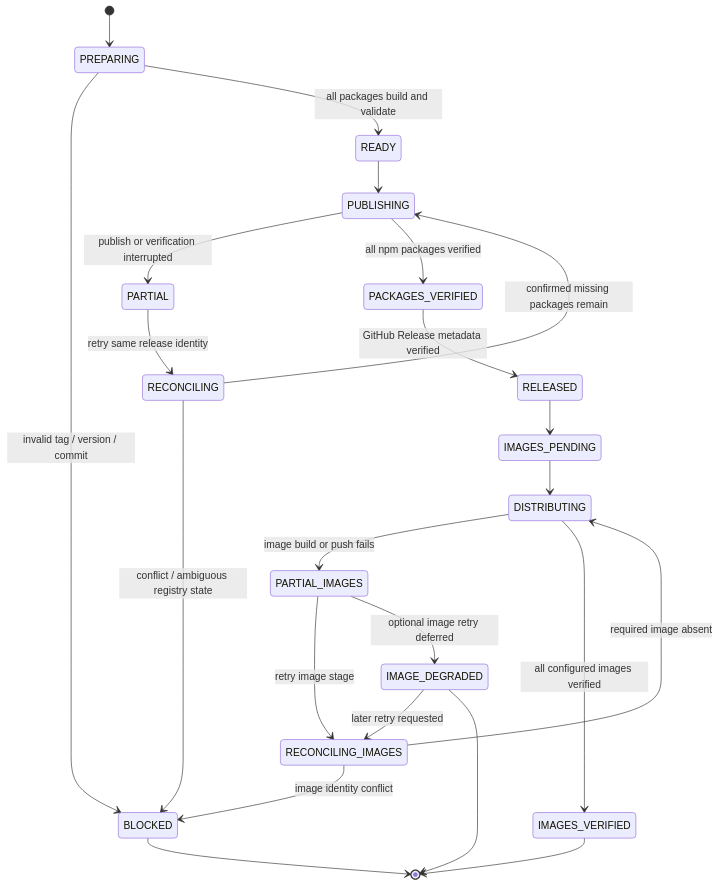
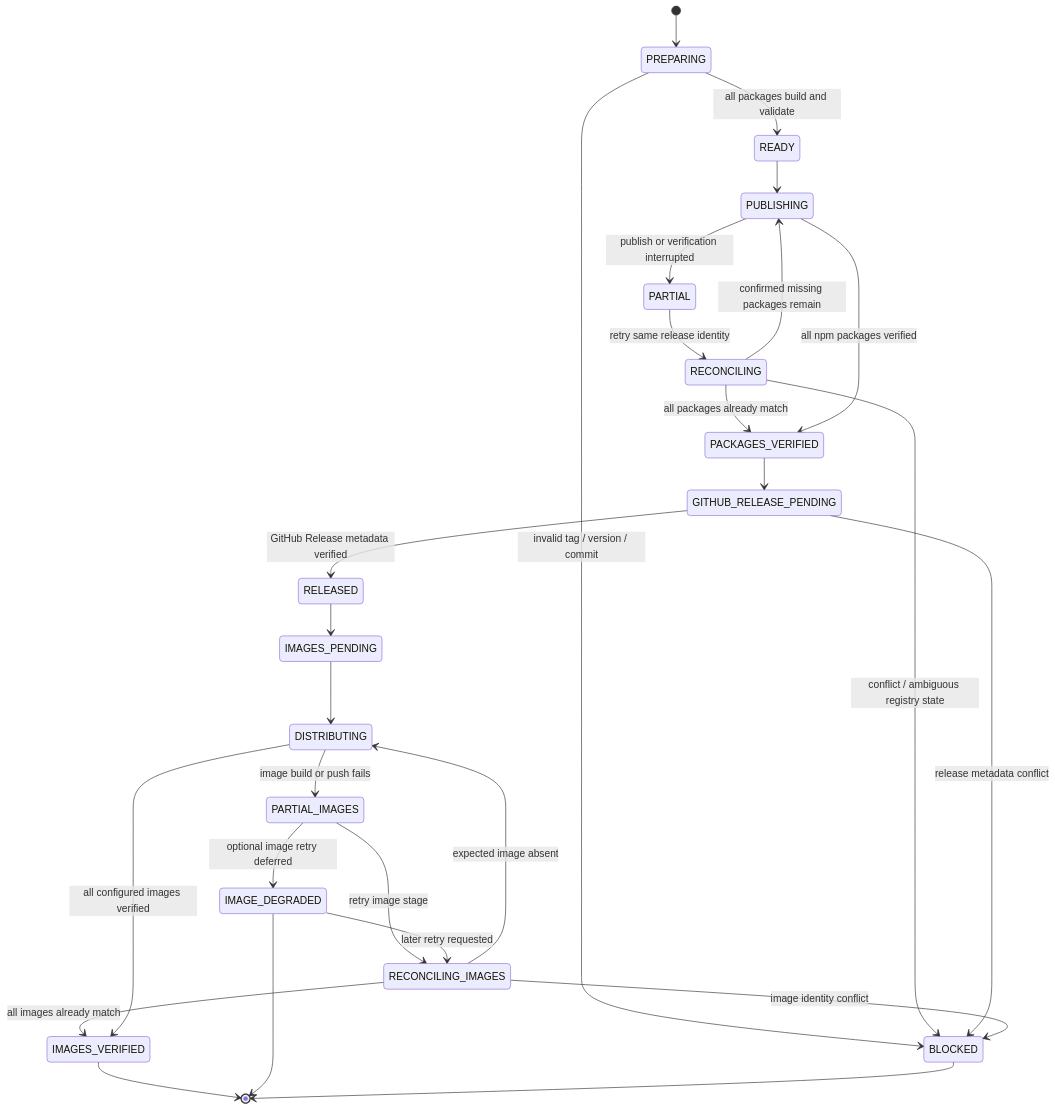
The diagram in reports/release-recovery/release-state-machine.md (zenera-ai/ZeneraNeo), drawn with Mermaid before and after one commit. The commit also changed other lines of this file and 2 other files, not shown here.

Commit message:
Address release recovery review findings

````diff
--- a/reports/release-recovery/release-state-machine.md
+++ b/reports/release-recovery/release-state-machine.md
@@ -14,25 +14,29 @@
 ```mermaid
 stateDiagram-v2
     [*] --> PREPARING
     PREPARING --> BLOCKED: invalid tag / version / commit
     PREPARING --> READY: all packages build and validate
     READY --> PUBLISHING
     PUBLISHING --> PARTIAL: publish or verification interrupted
     PARTIAL --> RECONCILING: retry same release identity
     RECONCILING --> PUBLISHING: confirmed missing packages remain
+    RECONCILING --> PACKAGES_VERIFIED: all packages already match
     RECONCILING --> BLOCKED: conflict / ambiguous registry state
     PUBLISHING --> PACKAGES_VERIFIED: all npm packages verified
-    PACKAGES_VERIFIED --> RELEASED: GitHub Release metadata verified
+    PACKAGES_VERIFIED --> GITHUB_RELEASE_PENDING
+    GITHUB_RELEASE_PENDING --> RELEASED: GitHub Release metadata verified
+    GITHUB_RELEASE_PENDING --> BLOCKED: release metadata conflict
     RELEASED --> IMAGES_PENDING
     IMAGES_PENDING --> DISTRIBUTING
     DISTRIBUTING --> PARTIAL_IMAGES: image build or push fails
     PARTIAL_IMAGES --> RECONCILING_IMAGES: retry image stage
-    RECONCILING_IMAGES --> DISTRIBUTING: required image absent
+    RECONCILING_IMAGES --> DISTRIBUTING: expected image absent
+    RECONCILING_IMAGES --> IMAGES_VERIFIED: all images already match
     RECONCILING_IMAGES --> BLOCKED: image identity conflict
     DISTRIBUTING --> IMAGES_VERIFIED: all configured images verified
     PARTIAL_IMAGES --> IMAGE_DEGRADED: optional image retry deferred
     IMAGE_DEGRADED --> RECONCILING_IMAGES: later retry requested
     IMAGES_VERIFIED --> [*]
     IMAGE_DEGRADED --> [*]
     BLOCKED --> [*]
 ```
````
